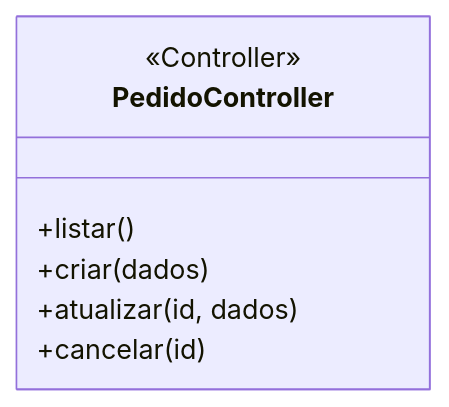
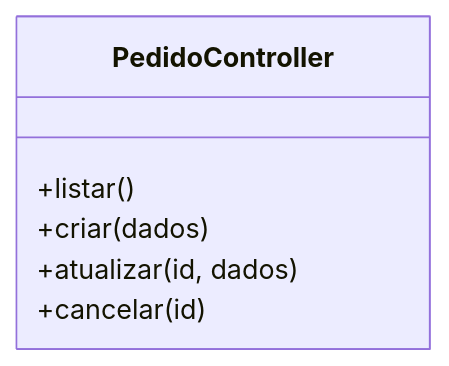
One commit to ronaldo227/serralheria-api changed the diagram in docs/class-diagram-pedido.md. Above: the diagram before and after it, drawn with Mermaid. The commit also changed 5 other files, not shown here.

Commit message:
docs(uml): remove todos os estereótipos UML para compatibilidade total com GitHub Mermaid parser

````diff
--- a/docs/class-diagram-pedido.md
+++ b/docs/class-diagram-pedido.md
@@ -3,10 +3,9 @@
 ```mermaid
 classDiagram
     class PedidoController {
-        <<Controller>>
         +listar()
         +criar(dados)
         +atualizar(id, dados)
         +cancelar(id)
     }
 ```
````
